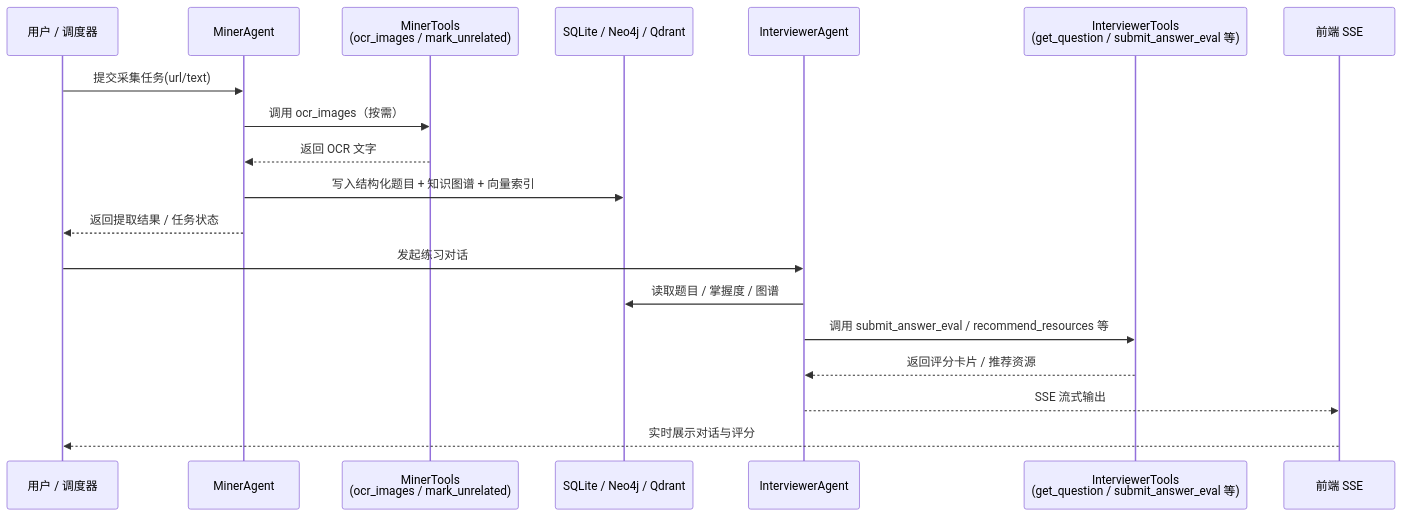
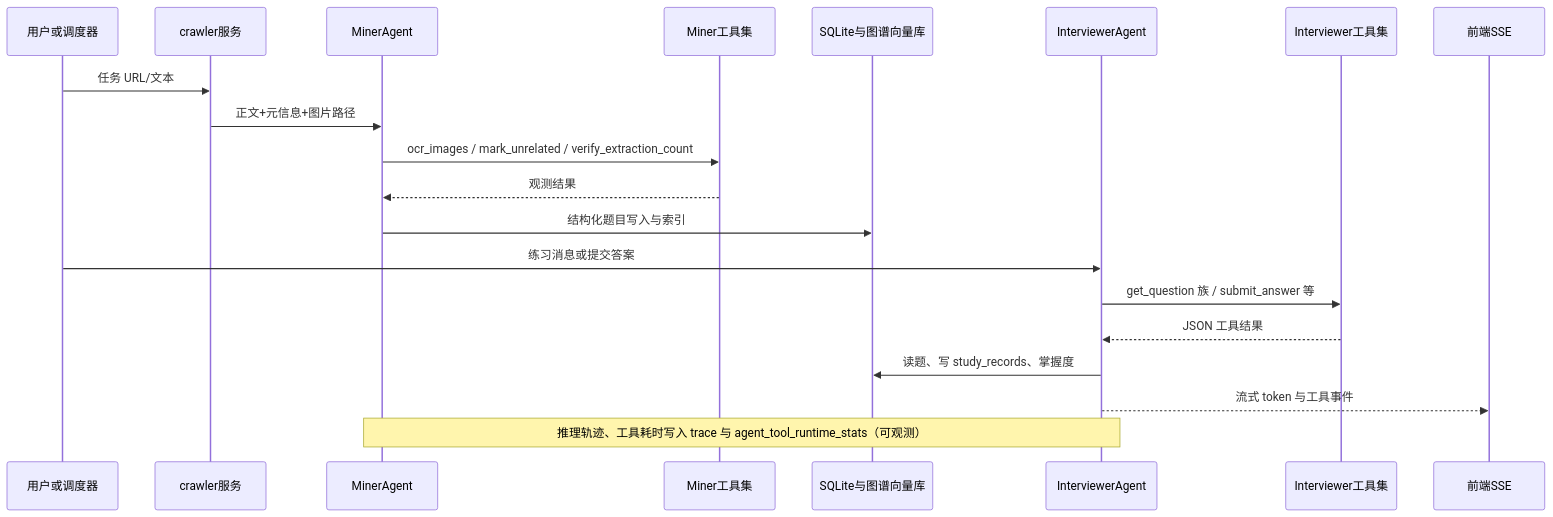
Before and after one commit to Wangxr126/InterviewExperienceCrawlerAgent: the third of 6 diagrams in README.md, drawn with Mermaid. The commit also changed other lines of this file and 47 other files, not shown here.

Commit message:
图片修复

````diff
--- a/README.md
+++ b/README.md
@@ -233,23 +208,24 @@
 ```mermaid
 sequenceDiagram
-    participant User as 用户 / 调度器
-    participant MA as MinerAgent
-    participant Tools as MinerTools<br/>(ocr_images / mark_unrelated)
-    participant DB as SQLite / Neo4j / Qdrant
-    participant IA as InterviewerAgent
-    participant ITools as InterviewerTools<br/>(get_question / submit_answer_eval 等)
-    participant FE as 前端 SSE
+  participant User as 用户或调度器
+  participant Crawler as crawler服务
+  participant Miner as MinerAgent
+  participant MT as Miner工具集
+  participant DB as SQLite与图谱向量库
+  participant IA as InterviewerAgent
+  participant IT as Interviewer工具集
+  participant FE as 前端SSE
 
-    User->>MA: 提交采集任务(url/text)
-    MA->>Tools: 调用 ocr_images（按需）
-    Tools-->>MA: 返回 OCR 文字
-    MA->>DB: 写入结构化题目 + 知识图谱 + 向量索引
-    MA-->>User: 返回提取结果 / 任务状态
+  User->>Crawler: 任务 URL/文本
+  Crawler->>Miner: 正文+元信息+图片路径
+  Miner->>MT: ocr_images / mark_unrelated / verify_extraction_count
+  MT-->>Miner: 观测结果
+  Miner->>DB: 结构化题目写入与索引
 
-    User->>IA: 发起练习对话
-    IA->>DB: 读取题目 / 掌握度 / 图谱
-    IA->>ITools: 调用 submit_answer_eval / recommend_resources 等
-    ITools-->>IA: 返回评分卡片 / 推荐资源
-    IA-->>FE: SSE 流式输出
-    FE-->>User: 实时展示对话与评分
+  User->>IA: 练习消息或提交答案
+  IA->>IT: get_question 族 / submit_answer 等
+  IT-->>IA: JSON 工具结果
+  IA->>DB: 读题、写 study_records、掌握度
+  IA-->>FE: 流式 token 与工具事件
+  Note over Miner,IA: 推理轨迹、工具耗时写入 trace 与 agent_tool_runtime_stats（可观测）
 ```
````
